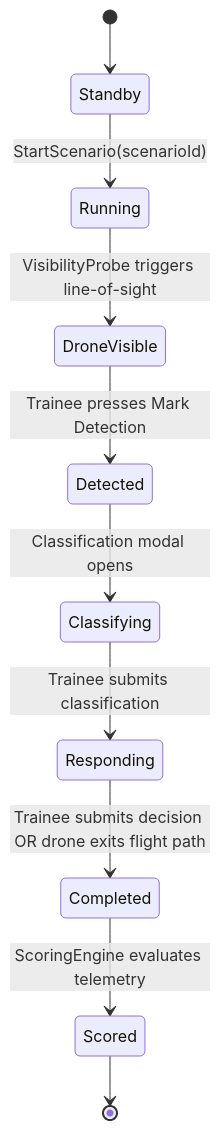
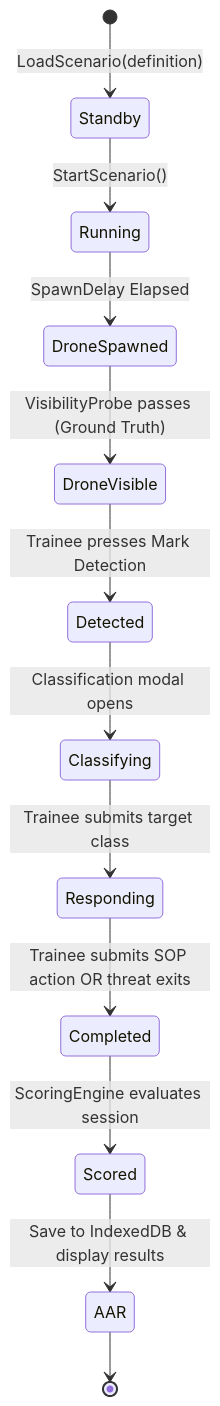
One commit to Subho4531/Project-Interceptor changed the second of 2 diagrams in docs/ARCHITECTURE.md. Above: the diagram before and after it, drawn with Mermaid. The commit also changed other lines of this file and 2 other files, not shown here.

Commit message:
docs: align PRD, Architecture, and Roadmap 100% with SIH26247 requirements and Three.js stack

````diff
--- a/docs/ARCHITECTURE.md
+++ b/docs/ARCHITECTURE.md
@@ -89,12 +104,14 @@
 ```mermaid
 stateDiagram-v2
-    [*] --> Standby
-    Standby --> Running : StartScenario(scenarioId)
-    Running --> DroneVisible : VisibilityProbe triggers line-of-sight
+    [*] --> Standby : LoadScenario(definition)
+    Standby --> Running : StartScenario()
+    Running --> DroneSpawned : SpawnDelay Elapsed
+    DroneSpawned --> DroneVisible : VisibilityProbe passes (Ground Truth)
     DroneVisible --> Detected : Trainee presses Mark Detection
     Detected --> Classifying : Classification modal opens
-    Classifying --> Responding : Trainee submits classification
-    Responding --> Completed : Trainee submits decision OR drone exits flight path
-    Completed --> Scored : ScoringEngine evaluates telemetry
-    Scored --> [*]
+    Classifying --> Responding : Trainee submits target class
+    Responding --> Completed : Trainee submits SOP action OR threat exits
+    Completed --> Scored : ScoringEngine evaluates session
+    Scored --> AAR : Save to IndexedDB & display results
+    AAR --> [*]
 ```
````
